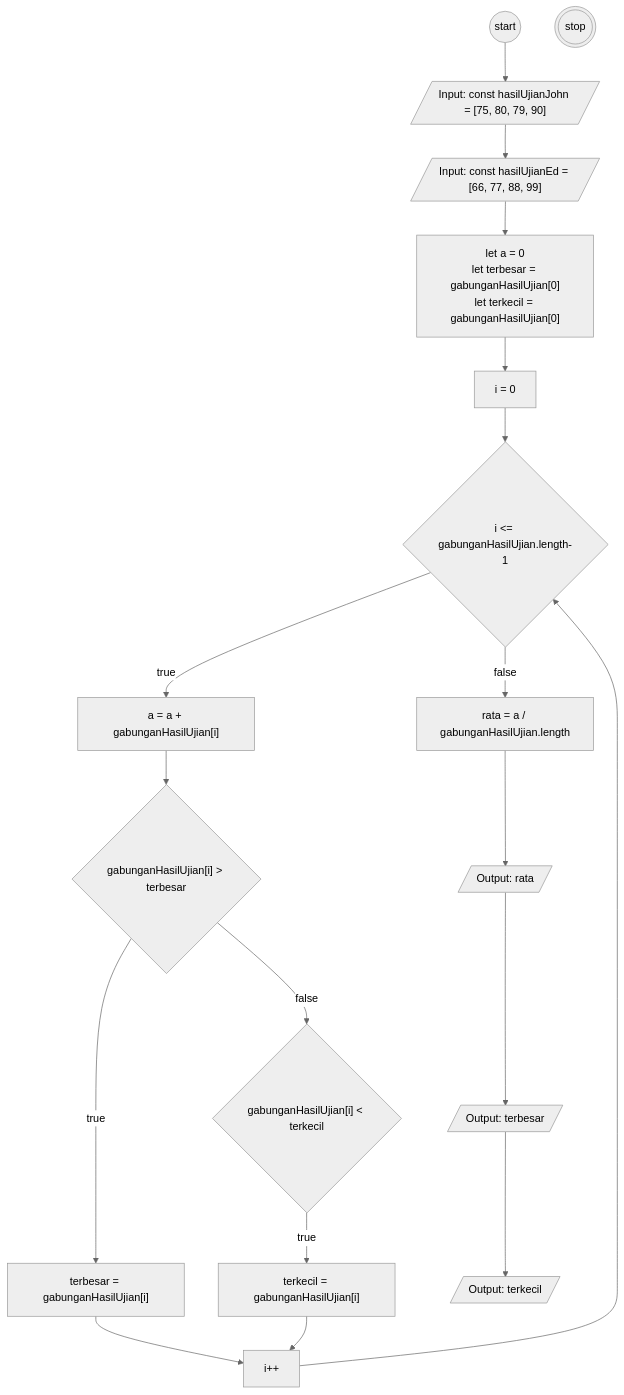
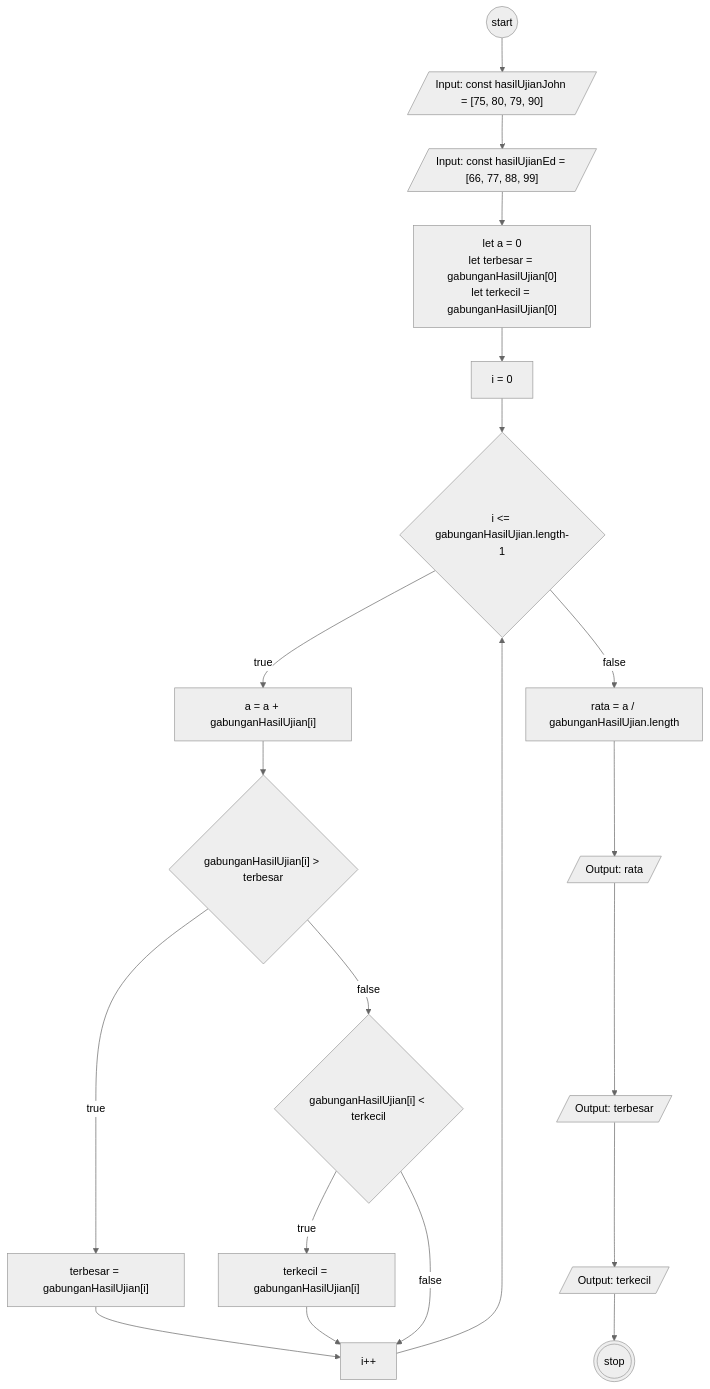
The diagram in task1.md (alhilalfathi/koda-b6-javascript2), drawn with Mermaid (neutral theme) before and after one commit.

````diff
--- a/task1.md
+++ b/task1.md
@@ -1,30 +1,31 @@
 ```mermaid
 flowchart TD
     start@{shape: circle}
     inputArray1@{ shape: lean-r, label: "Input: const hasilUjianJohn = [75, 80, 79, 90]"}
     inputArray2@{ shape: lean-r, label: "Input: const hasilUjianEd = [66, 77, 88, 99]"}
     proses@{ label: "let a = 0
     let terbesar = gabunganHasilUjian[0]
     let terkecil = gabunganHasilUjian[0]
     "}
     for1@{ label: "i = 0"}
     for2@{ shape: diamond, label: "i <= gabunganHasilUjian.length-1"}
     a@{ label: "a = a + gabunganHasilUjian[i]"}
     if1@{ shape: diamond, label: "gabunganHasilUjian[i] > terbesar"}
     if1true@{ label: "terbesar = gabunganHasilUjian[i]"}
     if2@{ shape: diamond, label: "gabunganHasilUjian[i] < terkecil"}
     if2true@{ label: "terkecil = gabunganHasilUjian[i]"}
     iterasi@{ label: "i++"}
     rata@{ label: "rata = a / gabunganHasilUjian.length"}
     output1@{ shape: lean-r, label: "Output: rata"}
     output2@{ shape: lean-r, label: "Output: terbesar"}
     output3@{ shape: lean-r, label: "Output: terkecil"}
     stop@{ shape: dbl-circ}
 
 start-->inputArray1-->inputArray2-->proses
 proses-->for1-->for2--true-->a
 a-->if1--true-->if1true-->iterasi
 if1--false-->if2--true-->if2true-->iterasi
+if2--false-->iterasi
 iterasi--->for2--false-->rata
-rata-->output1-->output2-->output3
+rata-->output1-->output2-->output3-->stop
 ```
````
